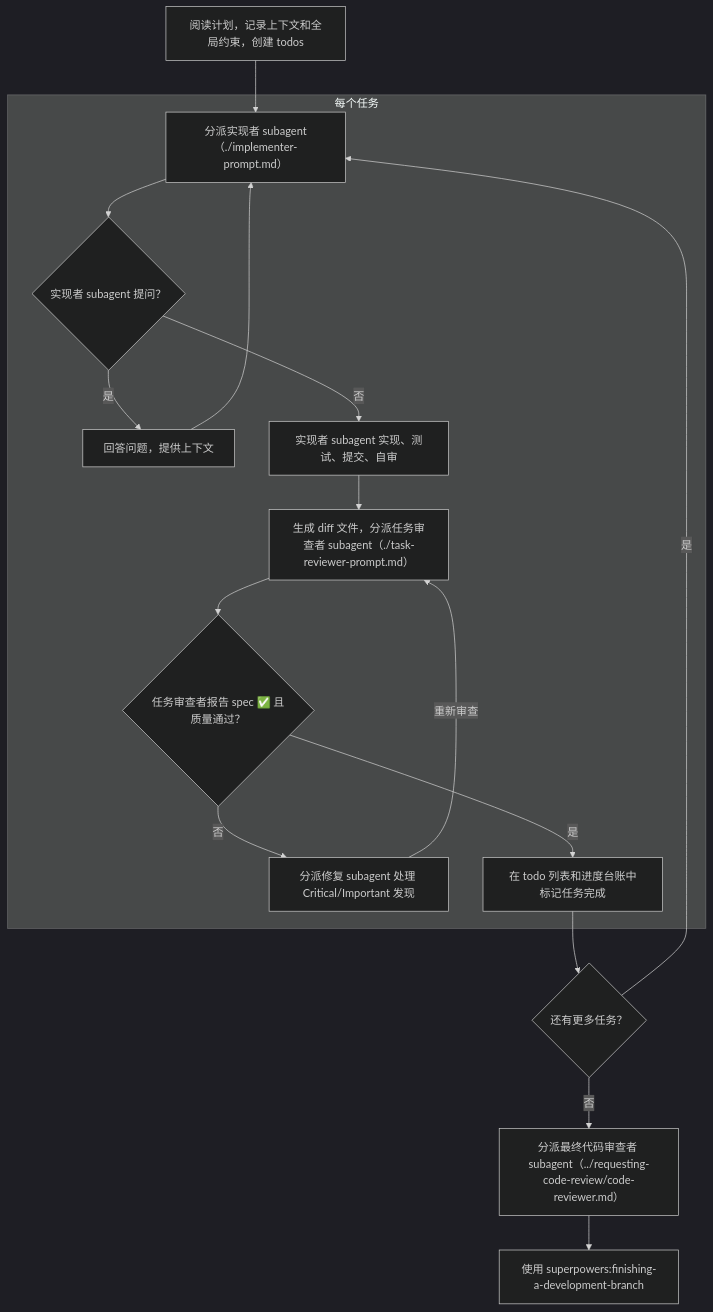
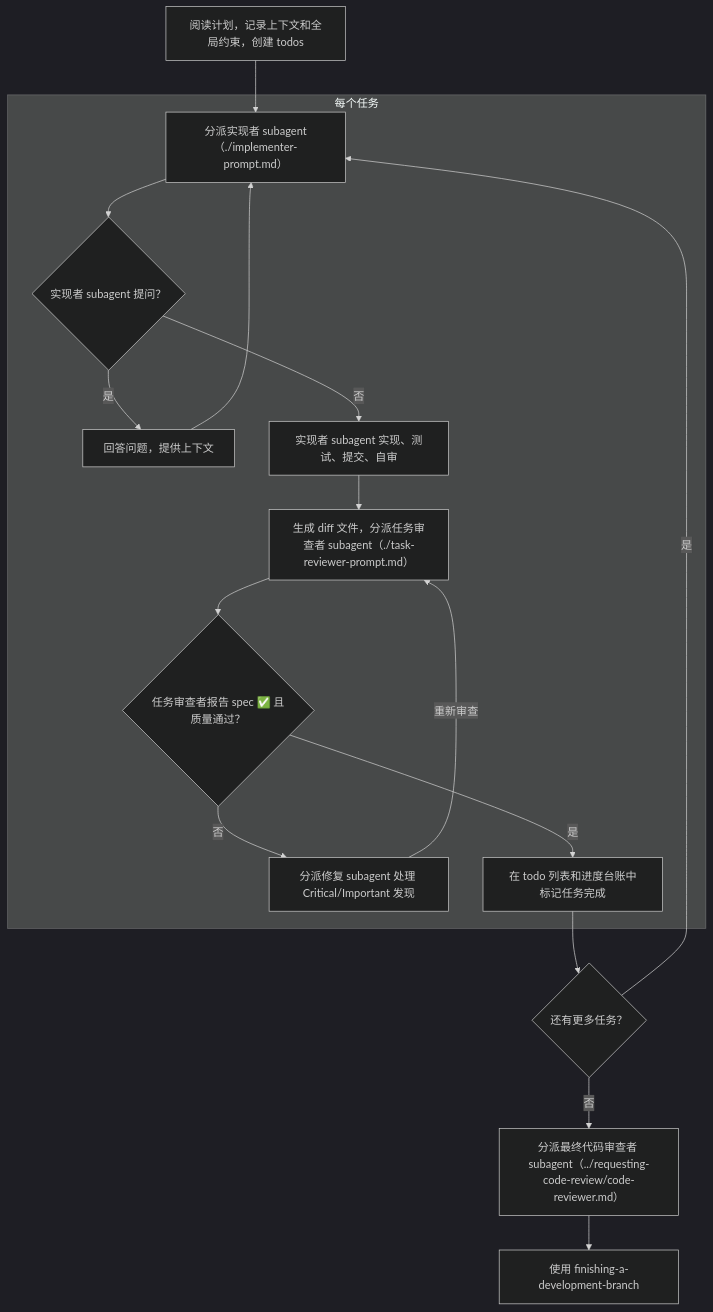
Before and after one commit to zhliner/aiTips: the second of 2 diagrams in superpowers/skills/subagent-driven-development/SKILL_cn.md, drawn with Mermaid (dark theme). The commit also changed other lines of this file and 11 other files, not shown here.

````diff
--- a/superpowers/skills/subagent-driven-development/SKILL_cn.md
+++ b/superpowers/skills/subagent-driven-development/SKILL_cn.md
@@ -46,33 +46,33 @@
 ```mermaid
 flowchart TB
     subgraph PerTask["每个任务"]
         A["分派实现者 subagent（./implementer-prompt.md）"]
         B{"实现者 subagent 提问？"}
         C["回答问题，提供上下文"]
         D["实现者 subagent 实现、测试、提交、自审"]
         E["生成 diff 文件，分派任务审查者 subagent（./task-reviewer-prompt.md）"]
         F{"任务审查者报告 spec ✅ 且质量通过？"}
         G["分派修复 subagent 处理 Critical/Important 发现"]
         H["在 todo 列表和进度台账中标记任务完成"]
     end
 
     R["阅读计划，记录上下文和全局约束，创建 todos"]
     S{"还有更多任务？"}
     T["分派最终代码审查者 subagent（../requesting-code-review/code-reviewer.md）"]
-    U["使用 superpowers:finishing-a-development-branch"]
+    U["使用 finishing-a-development-branch"]
 
     R --> A
     A --> B
     B -->|是| C
     C --> A
     B -->|否| D
     D --> E
     E --> F
     F -->|否| G
     G -->|"重新审查"| E
     F -->|是| H
     H --> S
     S -->|是| A
     S -->|否| T
     T --> U
 ```
````
